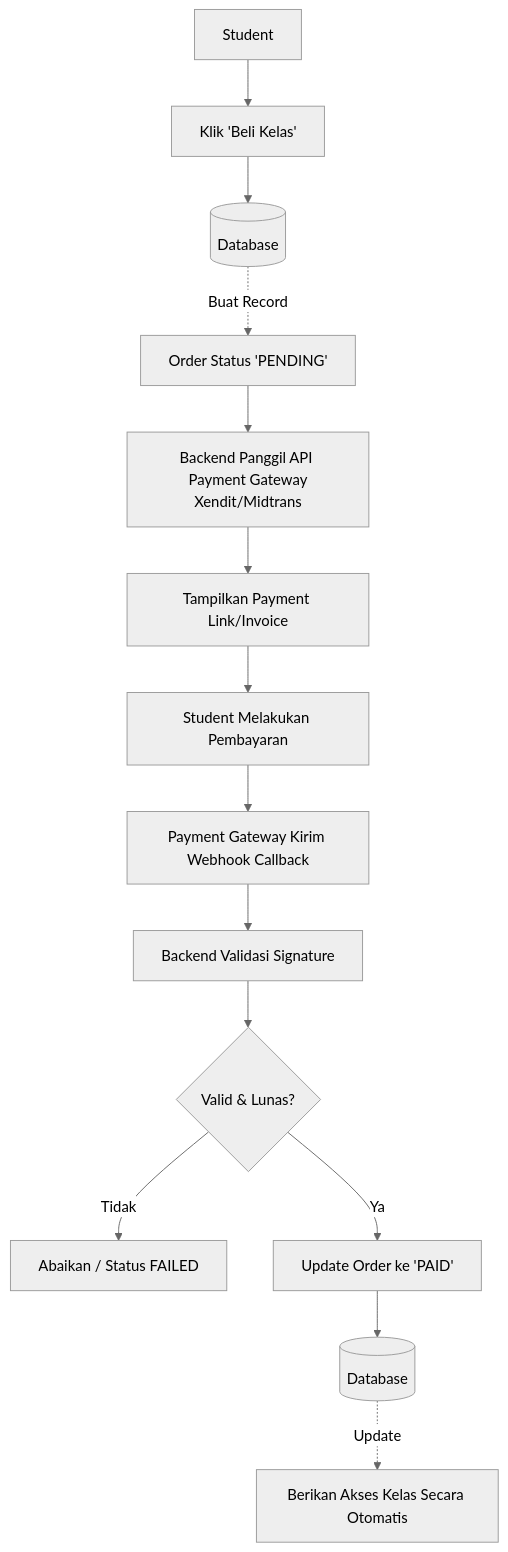
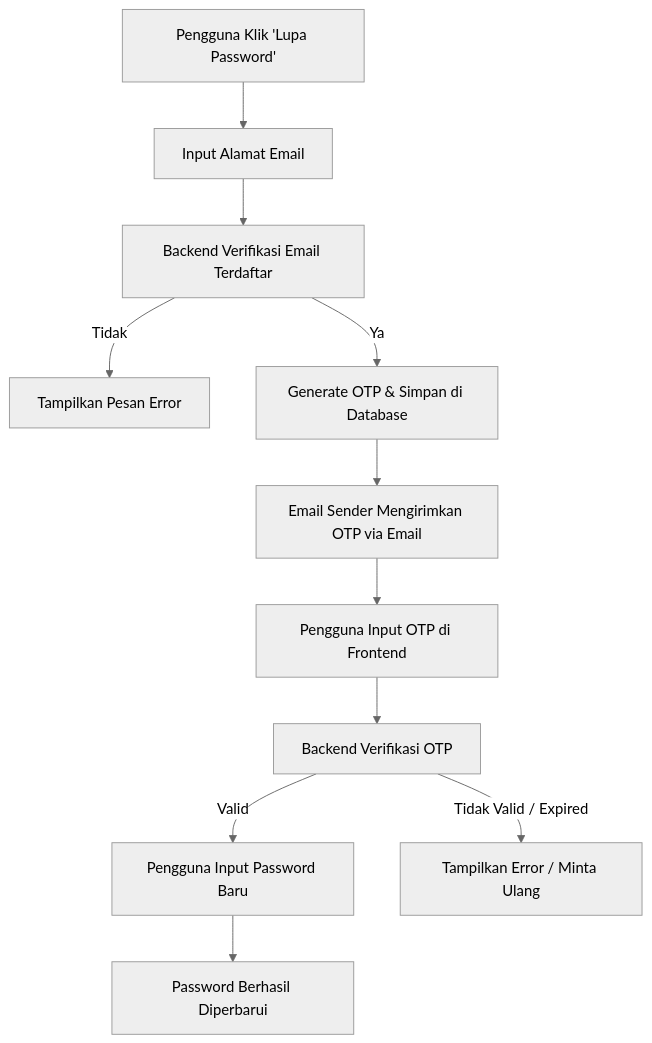
Before and after one commit to huqong282-lab/coding-study-fe: the second of 7 diagrams in CodingStudy/documentations/Flowcharts.md, drawn with Mermaid (neutral theme). The commit also changed other lines of this file and 2 other files, not shown here.

Commit message:
docs: initialize project development task management and update authentication flowchart documentation

````diff
--- a/CodingStudy/documentations/Flowcharts.md
+++ b/CodingStudy/documentations/Flowcharts.md
@@ -25,16 +26,13 @@
 ```mermaid
 graph TD
-    A[Student] --> B[Klik 'Beli Kelas']
-    B --> C[(Database)]
-    C -.->|Buat Record| D[Order Status 'PENDING']
-    D --> E[Backend Panggil API Payment Gateway<br>Xendit/Midtrans]
-    E --> F[Tampilkan Payment Link/Invoice]
-    F --> G[Student Melakukan Pembayaran]
-    G --> H[Payment Gateway Kirim Webhook Callback]
-    H --> I[Backend Validasi Signature]
-    I --> J{Valid & Lunas?}
-    J -->|Tidak| K[Abaikan / Status FAILED]
-    J -->|Ya| L[Update Order ke 'PAID']
-    L --> M[(Database)]
-    M -.->|Update| N[Berikan Akses Kelas Secara Otomatis]
+    A[Pengguna Klik 'Lupa Password'] --> B[Input Alamat Email]
+    B --> C[Backend Verifikasi Email Terdaftar]
+    C -->|Tidak| D[Tampilkan Pesan Error]
+    C -->|Ya| E[Generate OTP & Simpan di Database]
+    E --> F[Email Sender Mengirimkan OTP via Email]
+    F --> G[Pengguna Input OTP di Frontend]
+    G --> H[Backend Verifikasi OTP]
+    H -->|Valid| I[Pengguna Input Password Baru]
+    H -->|Tidak Valid / Expired| J[Tampilkan Error / Minta Ulang]
+    I --> K[Password Berhasil Diperbarui]
 ```
````
